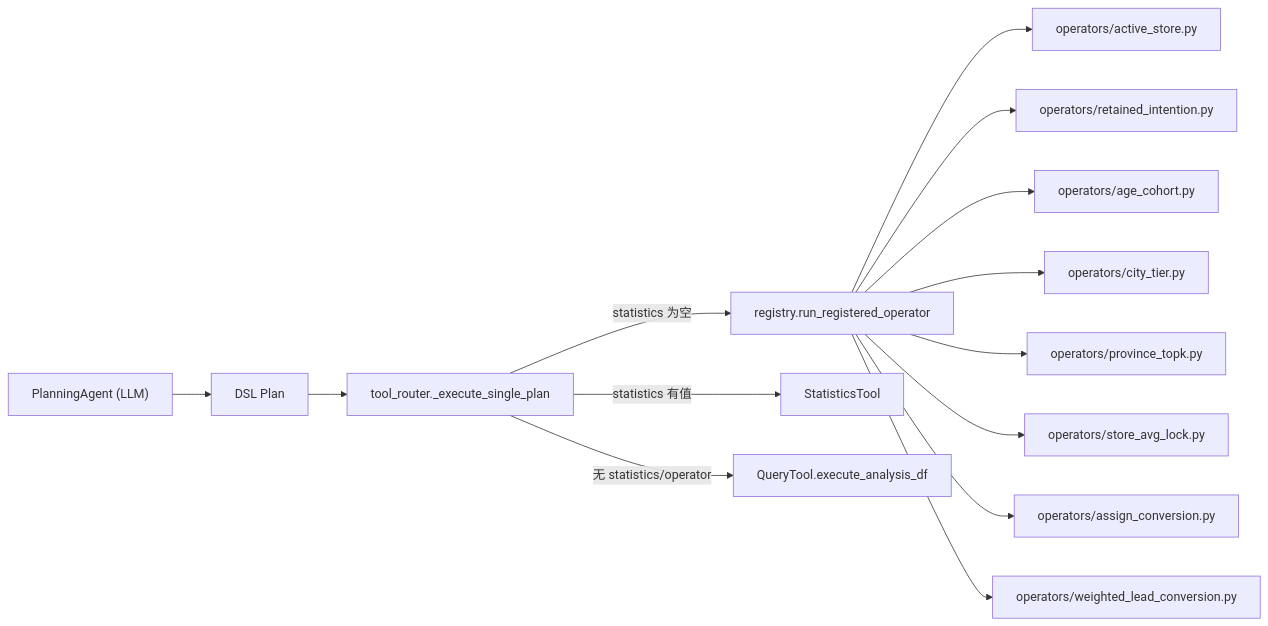
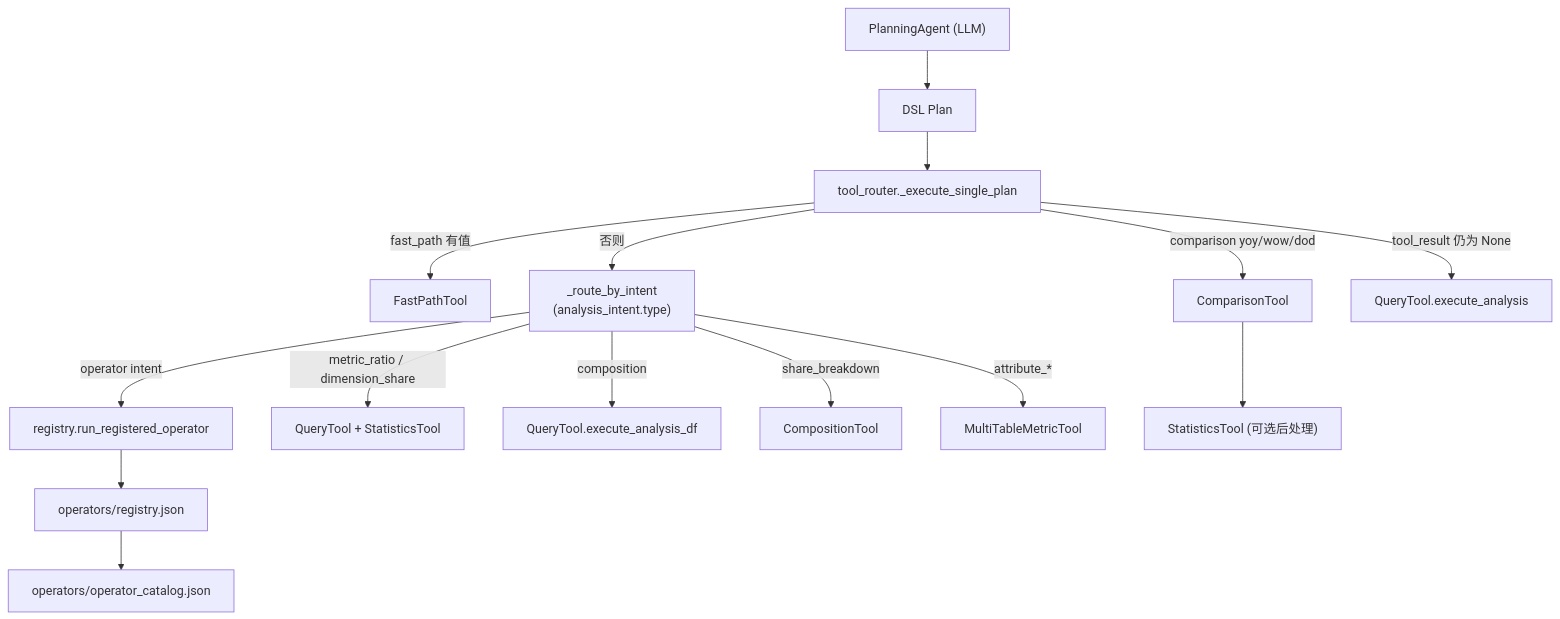
Before and after one commit to zhangzihaoDT/mashang-service: the diagram in schema/data_path.md, drawn with Mermaid. The commit also changed other lines of this file and 17 other files, not shown here.

````diff
--- a/schema/data_path.md
+++ b/schema/data_path.md
@@ -14,17 +14,21 @@
 ```mermaid
-flowchart LR
+flowchart
   planner["PlanningAgent (LLM)"] --> plan["DSL Plan"]
   plan --> router["tool_router._execute_single_plan"]
-  router -->|statistics 为空| op_router["registry.run_registered_operator"]
-  router -->|statistics 有值| stats["StatisticsTool"]
-  router -->|无 statistics/operator| dsl["QueryTool.execute_analysis_df"]
-  
-  op_router --> active_store["operators/active_store.py"]
-  op_router --> retained["operators/retained_intention.py"]
-  op_router --> age["operators/age_cohort.py"]
-  op_router --> city["operators/city_tier.py"]
-  op_router --> province["operators/province_topk.py"]
-  op_router --> avg_lock["operators/store_avg_lock.py"]
-  op_router --> assign_conv["operators/assign_conversion.py"]
-  op_router --> weighted["operators/weighted_lead_conversion.py"]
+  router -->|fast_path 有值| fast["FastPathTool"]
+
+  router -->|否则| intent["_route_by_intent<br/>(analysis_intent.type)"]
+  intent -->|operator intent| op_router["registry.run_registered_operator"]
+  intent -->|metric_ratio / dimension_share| metric["QueryTool + StatisticsTool"]
+  intent -->|composition| comp["QueryTool.execute_analysis_df"]
+  intent -->|share_breakdown| breakdown["CompositionTool"]
+  intent -->|attribute_*| multi["MultiTableMetricTool"]
+
+  op_router --> reg["operators/registry.json"]
+  reg --> cat["operators/operator_catalog.json"]
+
+  router -->|comparison yoy/wow/dod| compare["ComparisonTool"]
+  compare --> stats["StatisticsTool (可选后处理)"]
+
+  router -->|tool_result 仍为 None| dsl["QueryTool.execute_analysis"]
 ```
````
